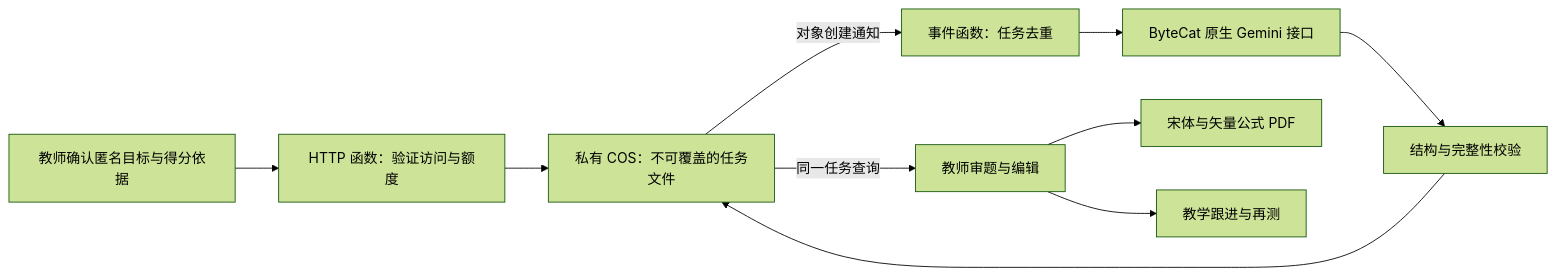
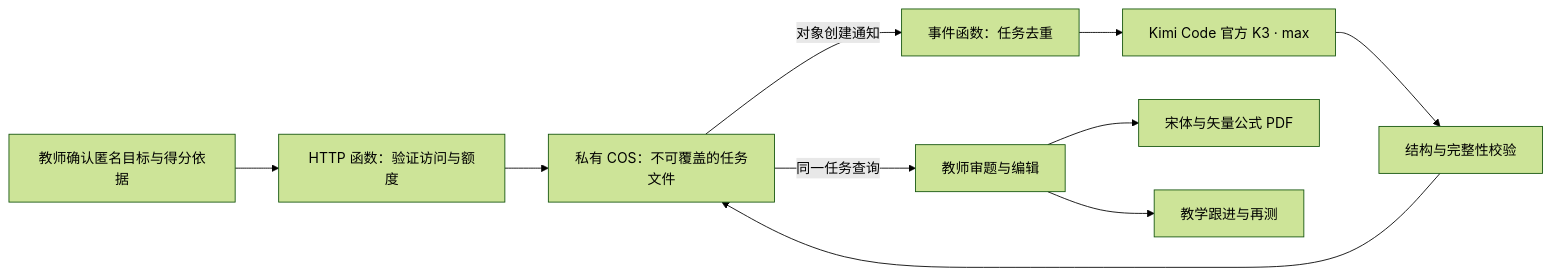
The diagram in backend/README.md (yusheng266186-beep/jianwei-observatory), drawn with Mermaid (forest theme) before and after one commit. The commit also changed other lines of this file and 1 other file, not shown here.

Commit message:
docs(training): record Kimi personal deployment and live verification

````diff
--- a/backend/README.md
+++ b/backend/README.md
@@ -19,12 +19,12 @@
 ```mermaid
 flowchart LR
   A[教师确认匿名目标与得分依据] --> B[HTTP 函数：验证访问与额度]
   B --> C[私有 COS：不可覆盖的任务文件]
   C -->|对象创建通知| D[事件函数：任务去重]
-  D --> E[ByteCat 原生 Gemini 接口]
+  D --> E[Kimi Code 官方 K3 · max]
   E --> F[结构与完整性校验]
   F --> C
   C -->|同一任务查询| G[教师审题与编辑]
   G --> H[宋体与矢量公式 PDF]
   G --> I[教学跟进与再测]
 ```
````
